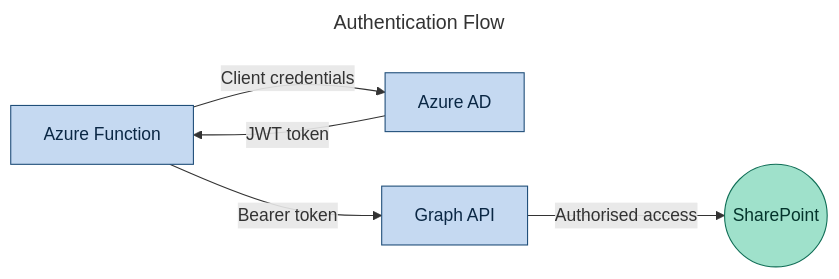
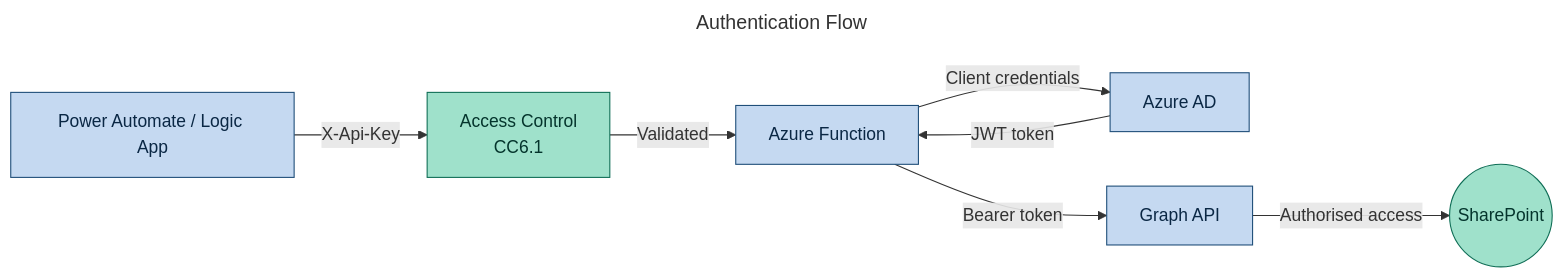
Before and after one commit to stephencummins/MaceStyle: the fourth of 4 diagrams in docs/1-technical-architecture.md, drawn with Mermaid. The commit also changed other lines of this file and 9 other files, not shown here.

````diff
--- a/docs/1-technical-architecture.md
+++ b/docs/1-technical-architecture.md
@@ -309,14 +343,16 @@
 ```mermaid
 ---
 title: Authentication Flow
 ---
 graph LR
-    AF[Azure Function]:::primary -->|Client credentials| AAD[Azure AD]:::primary
+    PA[Power Automate / Logic App]:::primary -->|X-Api-Key| AC[Access Control<br/>CC6.1]:::outcome
+    AC -->|Validated| AF[Azure Function]:::primary
+    AF -->|Client credentials| AAD[Azure AD]:::primary
     AAD -->|JWT token| AF
     AF -->|Bearer token| GR[Graph API]:::primary
     GR -->|Authorised access| SP((SharePoint)):::outcome
 
     classDef primary fill:#c5d9f1,stroke:#1F4E79,color:#0a2744
     classDef decision fill:#fac775,stroke:#854f0b,color:#412402
     classDef outcome fill:#9fe1cb,stroke:#0f6e56,color:#04342c
 ```
````
